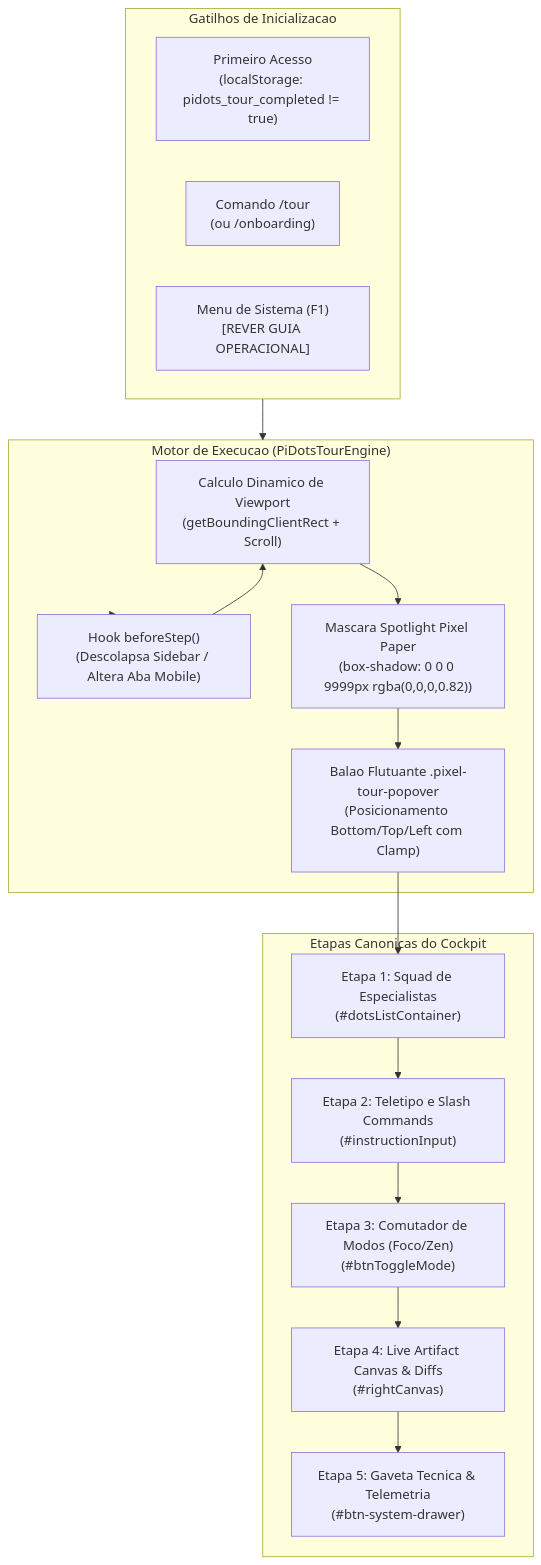
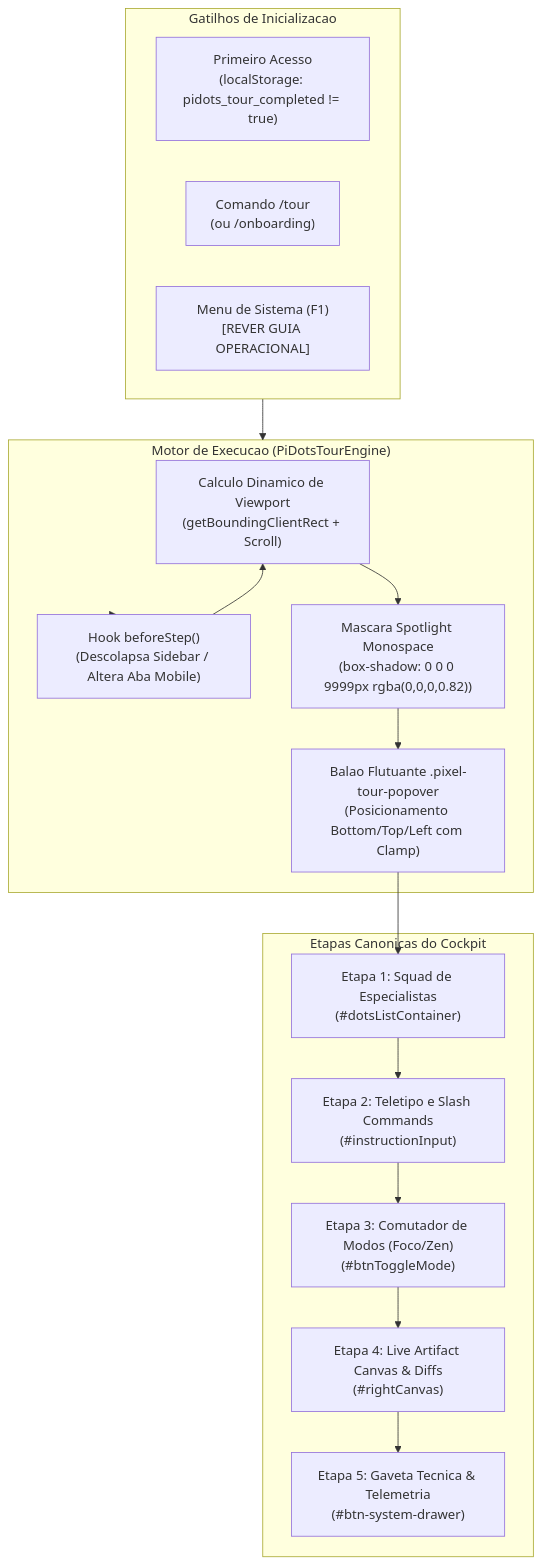
Diagram 12 of 12 in ARCHITECTURE.md (lyonpamplona/piDots), drawn with Mermaid before and after one commit. The commit also changed other lines of this file and 74 other files, not shown here.

````diff
--- a/ARCHITECTURE.md
+++ b/ARCHITECTURE.md
@@ -763,27 +828,27 @@
 ```mermaid
 flowchart TD
     subgraph TriggerLayer["Gatilhos de Inicializacao"]
         FTUE["Primeiro Acesso\n(localStorage: pidots_tour_completed != true)"]
         CmdTour["Comando /tour\n(ou /onboarding)"]
         MenuDrawer["Menu de Sistema (F1)\n[REVER GUIA OPERACIONAL]"]
     end
 
     subgraph TourEngine["Motor de Execucao (PiDotsTourEngine)"]
         CalcCoord["Calculo Dinamico de Viewport\n(getBoundingClientRect + Scroll)"]
         PrepareDOM["Hook beforeStep()\n(Descolapsa Sidebar / Altera Aba Mobile)"]
-        SpotlightMask["Mascara Spotlight Pixel Paper\n(box-shadow: 0 0 0 9999px rgba(0,0,0,0.82))"]
+        SpotlightMask["Mascara Spotlight Monospace\n(box-shadow: 0 0 0 9999px rgba(0,0,0,0.82))"]
         FloatingPopover["Balao Flutuante .pixel-tour-popover\n(Posicionamento Bottom/Top/Left com Clamp)"]
     end
 
     subgraph Steps["Etapas Canonicas do Cockpit"]
         S1["Etapa 1: Squad de Especialistas\n(#dotsListContainer)"]
         S2["Etapa 2: Teletipo e Slash Commands\n(#instructionInput)"]
         S3["Etapa 3: Comutador de Modos (Foco/Zen)\n(#btnToggleMode)"]
         S4["Etapa 4: Live Artifact Canvas & Diffs\n(#rightCanvas)"]
         S5["Etapa 5: Gaveta Tecnica & Telemetria\n(#btn-system-drawer)"]
     end
 
     TriggerLayer --> TourEngine
     TourEngine --> PrepareDOM --> CalcCoord --> SpotlightMask --> FloatingPopover
     FloatingPopover --> S1 --> S2 --> S3 --> S4 --> S5
 ```
````
